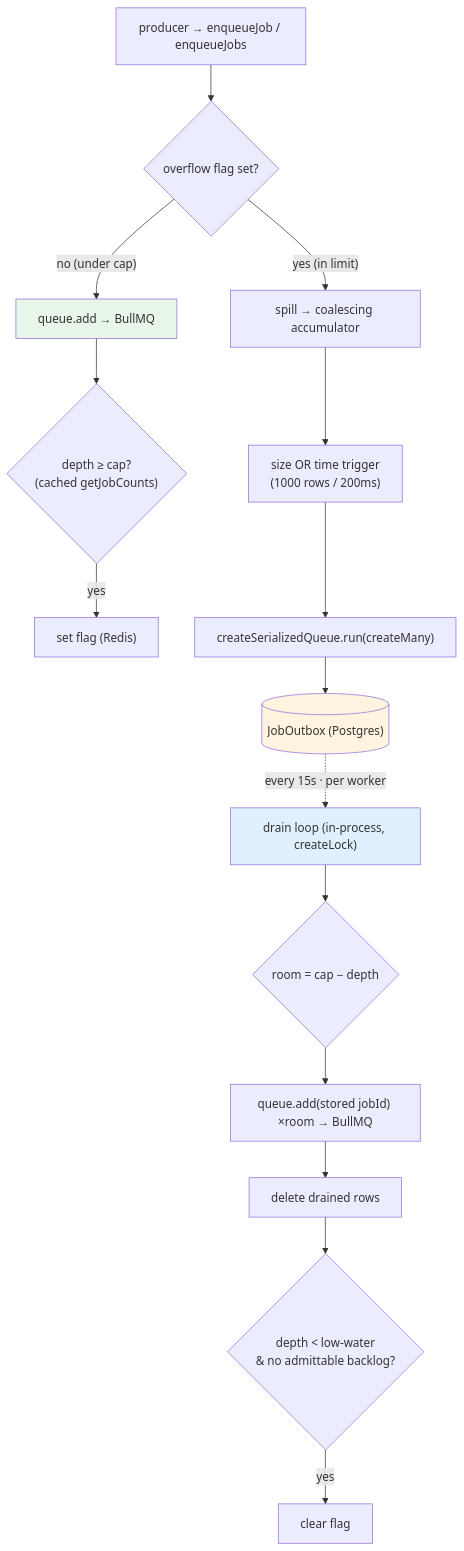
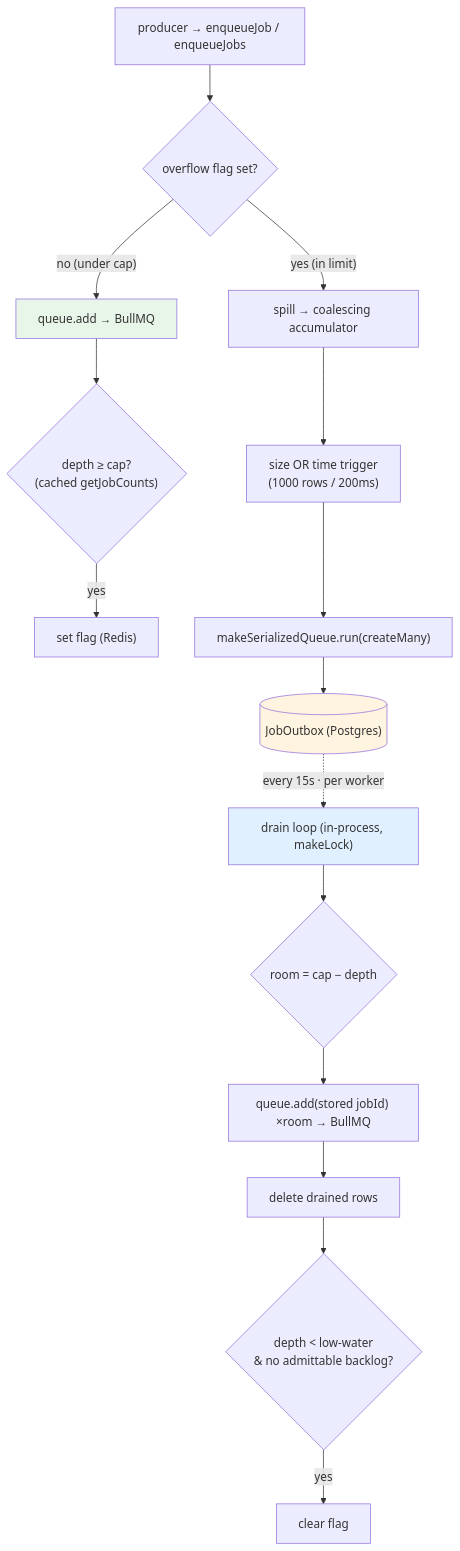
The diagram in tickets/INFRA-021-jobs-overflow-buffer.md (inixiative/template), drawn with Mermaid before and after one commit. The commit also changed other lines of this file and 787 other files, not shown here.

````diff
--- a/tickets/INFRA-021-jobs-overflow-buffer.md
+++ b/tickets/INFRA-021-jobs-overflow-buffer.md
@@ -132,20 +132,20 @@
 ```mermaid
 flowchart TD
     P["producer → enqueueJob / enqueueJobs"] --> F{"overflow flag set?"}
     F -- "no (under cap)" --> ADD["queue.add → BullMQ"]
     ADD --> CHK{"depth ≥ cap?<br/>(cached getJobCounts)"}
     CHK -- "yes" --> SET["set flag (Redis)"]
     F -- "yes (in limit)" --> ACC["spill → coalescing accumulator"]
     ACC --> BATCH["size OR time trigger<br/>(1000 rows / 200ms)"]
-    BATCH --> SQ["createSerializedQueue.run(createMany)"]
+    BATCH --> SQ["makeSerializedQueue.run(createMany)"]
     SQ --> OUT[("JobOutbox (Postgres)")]
-    OUT -. "every 15s · per worker" .-> DRAIN["drain loop (in-process, createLock)"]
+    OUT -. "every 15s · per worker" .-> DRAIN["drain loop (in-process, makeLock)"]
     DRAIN --> ROOM{"room = cap − depth"}
     ROOM --> REQ["queue.add(stored jobId) ×room → BullMQ"]
     REQ --> DEL["delete drained rows"]
     DEL --> CLR{"depth < low-water<br/>& no admittable backlog?"}
     CLR -- "yes" --> UNSET["clear flag"]
     style ADD fill:#e8f5e9
     style OUT fill:#fff4e0
     style DRAIN fill:#e0f0ff
 ```
````
